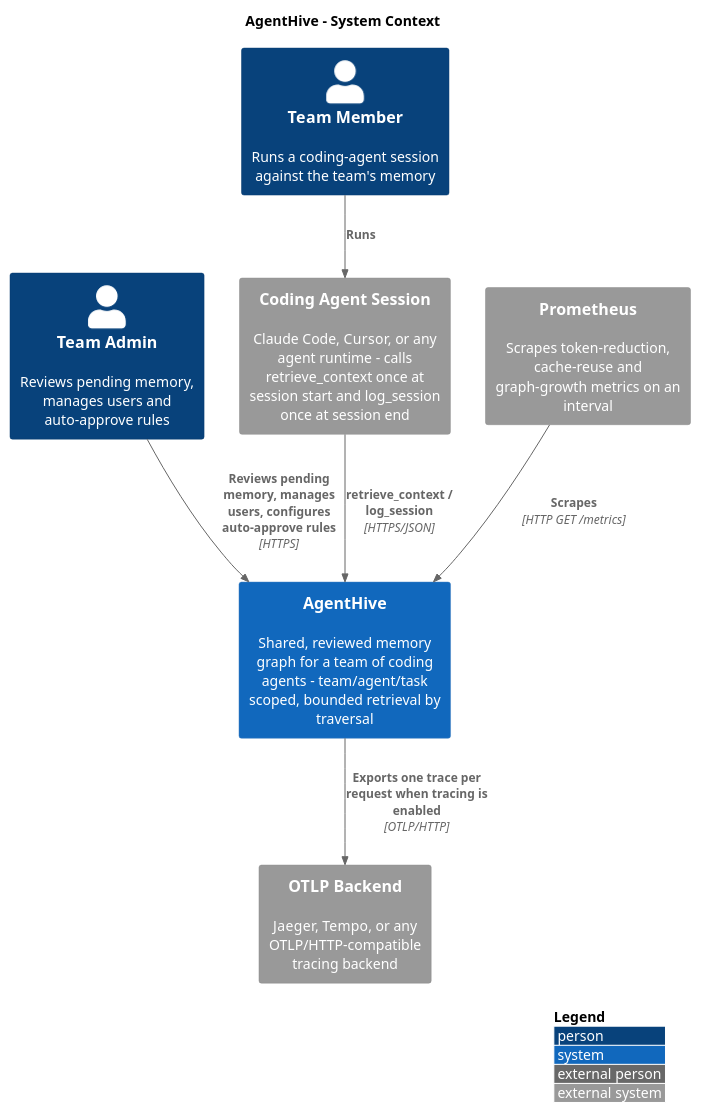
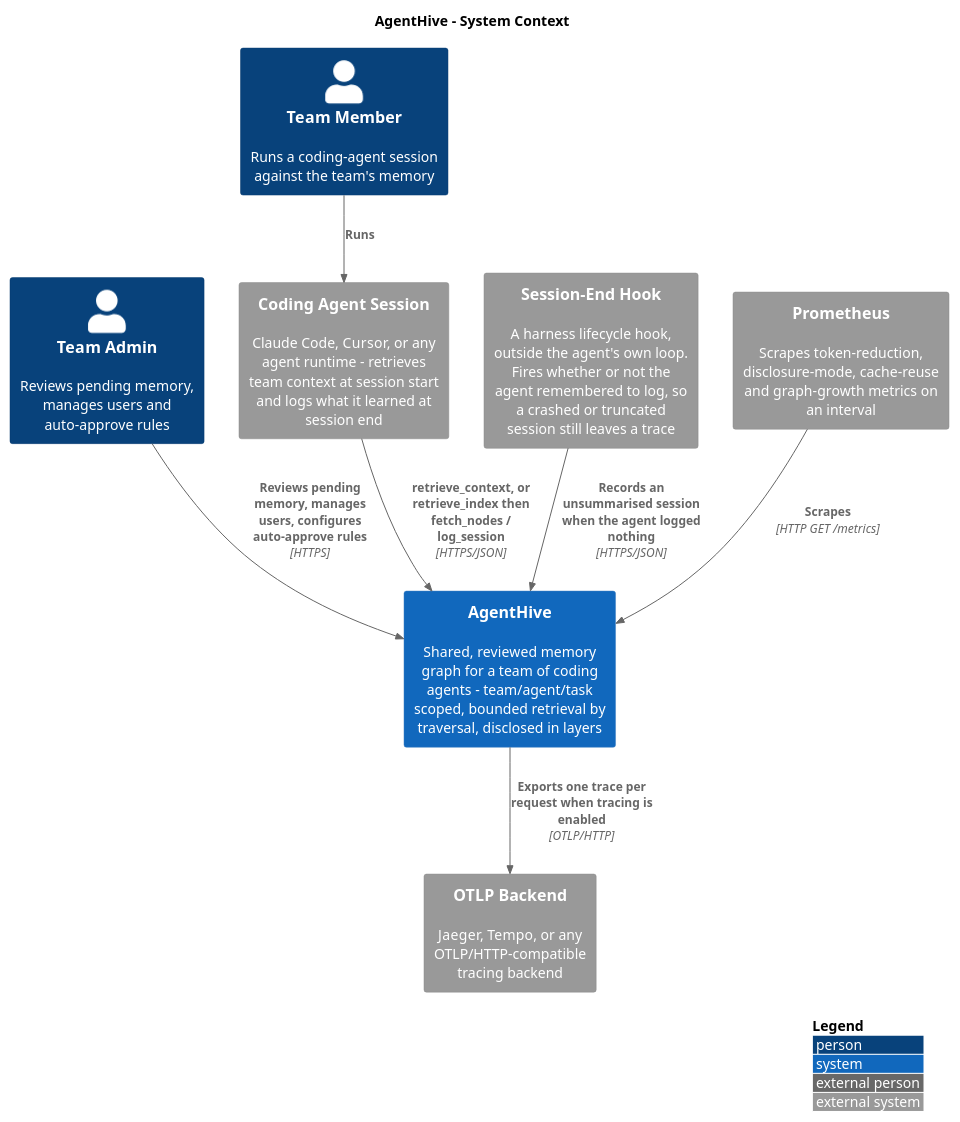
One commit to polarpoint-io/agenthive changed the diagram in docs/diagrams/c4-context.puml. Above: the diagram before and after it, drawn with PlantUML. The commit also changed 4 other files, not shown here.

```diff
--- a/docs/diagrams/c4-context.puml
+++ b/docs/diagrams/c4-context.puml
@@ -1,22 +1,24 @@
 @startuml
 !include https://raw.githubusercontent.com/plantuml-stdlib/C4-PlantUML/master/C4_Context.puml
 
 LAYOUT_WITH_LEGEND()
 title AgentHive - System Context
 
 Person(admin, "Team Admin", "Reviews pending memory, manages users and auto-approve rules")
 Person(member, "Team Member", "Runs a coding-agent session against the team's memory")
 
-System(agenthive, "AgentHive", "Shared, reviewed memory graph for a team of coding agents - team/agent/task scoped, bounded retrieval by traversal")
+System(agenthive, "AgentHive", "Shared, reviewed memory graph for a team of coding agents - team/agent/task scoped, bounded retrieval by traversal, disclosed in layers")
 
-System_Ext(coding_agent, "Coding Agent Session", "Claude Code, Cursor, or any agent runtime - calls retrieve_context once at session start and log_session once at session end")
+System_Ext(coding_agent, "Coding Agent Session", "Claude Code, Cursor, or any agent runtime - retrieves team context at session start and logs what it learned at session end")
+System_Ext(session_hook, "Session-End Hook", "A harness lifecycle hook, outside the agent's own loop. Fires whether or not the agent remembered to log, so a crashed or truncated session still leaves a trace")
 System_Ext(otel_backend, "OTLP Backend", "Jaeger, Tempo, or any OTLP/HTTP-compatible tracing backend")
-System_Ext(prometheus, "Prometheus", "Scrapes token-reduction, cache-reuse and graph-growth metrics on an interval")
+System_Ext(prometheus, "Prometheus", "Scrapes token-reduction, disclosure-mode, cache-reuse and graph-growth metrics on an interval")
 
 Rel(member, coding_agent, "Runs")
-Rel(coding_agent, agenthive, "retrieve_context / log_session", "HTTPS/JSON")
+Rel(coding_agent, agenthive, "retrieve_context, or retrieve_index then fetch_nodes / log_session", "HTTPS/JSON")
+Rel(session_hook, agenthive, "Records an unsummarised session when the agent logged nothing", "HTTPS/JSON")
 Rel(admin, agenthive, "Reviews pending memory, manages users, configures auto-approve rules", "HTTPS")
 Rel(agenthive, otel_backend, "Exports one trace per request when tracing is enabled", "OTLP/HTTP")
 Rel(prometheus, agenthive, "Scrapes", "HTTP GET /metrics")
 
 @enduml
```
